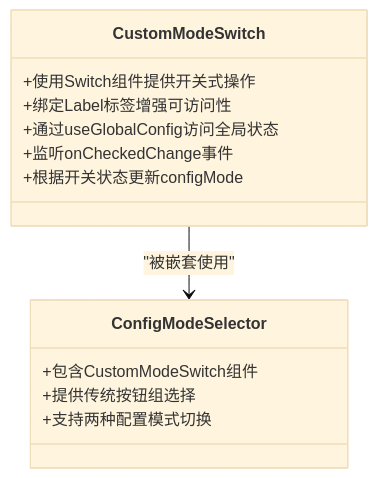
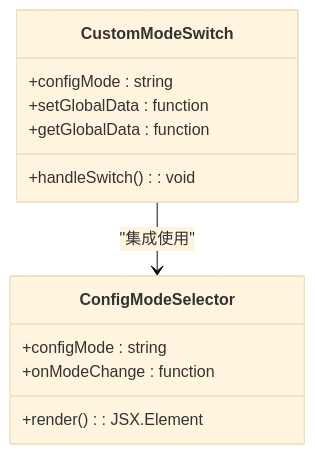
One commit to RadiumAg/bilibili-favorites changed the fourth of 8 diagrams in .qoder/repowiki/zh/content/核心功能模块/配置管理系统.md. Above: the diagram before and after it, drawn with Mermaid (base theme). The commit also changed other lines of this file and 27 other files, not shown here.

````diff
--- a/.qoder/repowiki/zh/content/核心功能模块/配置管理系统.md
+++ b/.qoder/repowiki/zh/content/核心功能模块/配置管理系统.md
@@ -209,16 +199,15 @@
 ```mermaid
 classDiagram
 class CustomModeSwitch {
-+使用Switch组件提供开关式操作
-+绑定Label标签增强可访问性
-+通过useGlobalConfig访问全局状态
-+监听onCheckedChange事件
-+根据开关状态更新configMode
++configMode : string
++setGlobalData : function
++getGlobalData : function
++handleSwitch() : void
 }
 class ConfigModeSelector {
-+包含CustomModeSwitch组件
-+提供传统按钮组选择
-+支持两种配置模式切换
++configMode : string
++onModeChange : function
++render() : JSX.Element
 }
-CustomModeSwitch --> ConfigModeSelector : "被嵌套使用"
+CustomModeSwitch --> ConfigModeSelector : "集成使用"
 ```
````
